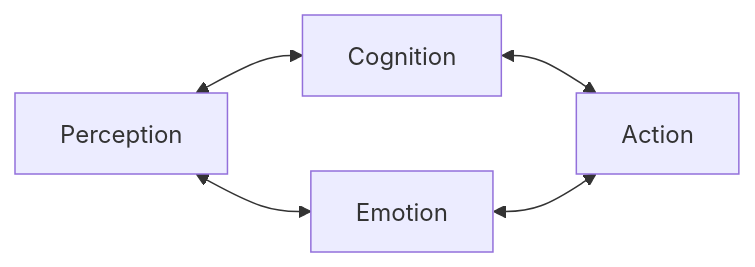
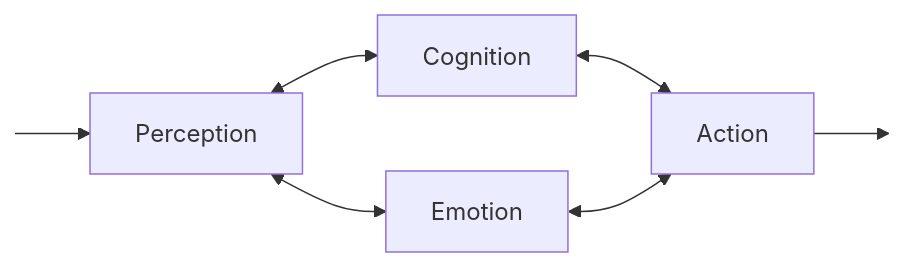
One commit to psu-psychology/psy-511-scan-fdns-2026-spring changed the fourth of 5 diagrams in slides/wk-06-2026-02-19-language.qmd. Above: the diagram before and after it, drawn with Mermaid. The commit also changed other lines of this file and 7 other files, not shown here.

````diff
--- a/slides/wk-06-2026-02-19-language.qmd
+++ b/slides/wk-06-2026-02-19-language.qmd
@@ -228,9 +302,16 @@
 ```{mermaid}
 %%| label: fig-parallel-feedback
 %%| fig-cap: "A more realistic feedforward/feedback parallel architecture."
 
 flowchart LR
+  E[ ]:::empty
+  W[ ]:::empty
+  E --> A
   A[Perception] <--> B[Cognition]
   A <--> C[Emotion]
   B & C <--> D[Action]
+  D --> W
+  
+  %% Define the style for the empty node
+  classDef empty height:0,width:0,margin:0;
 ```
````
